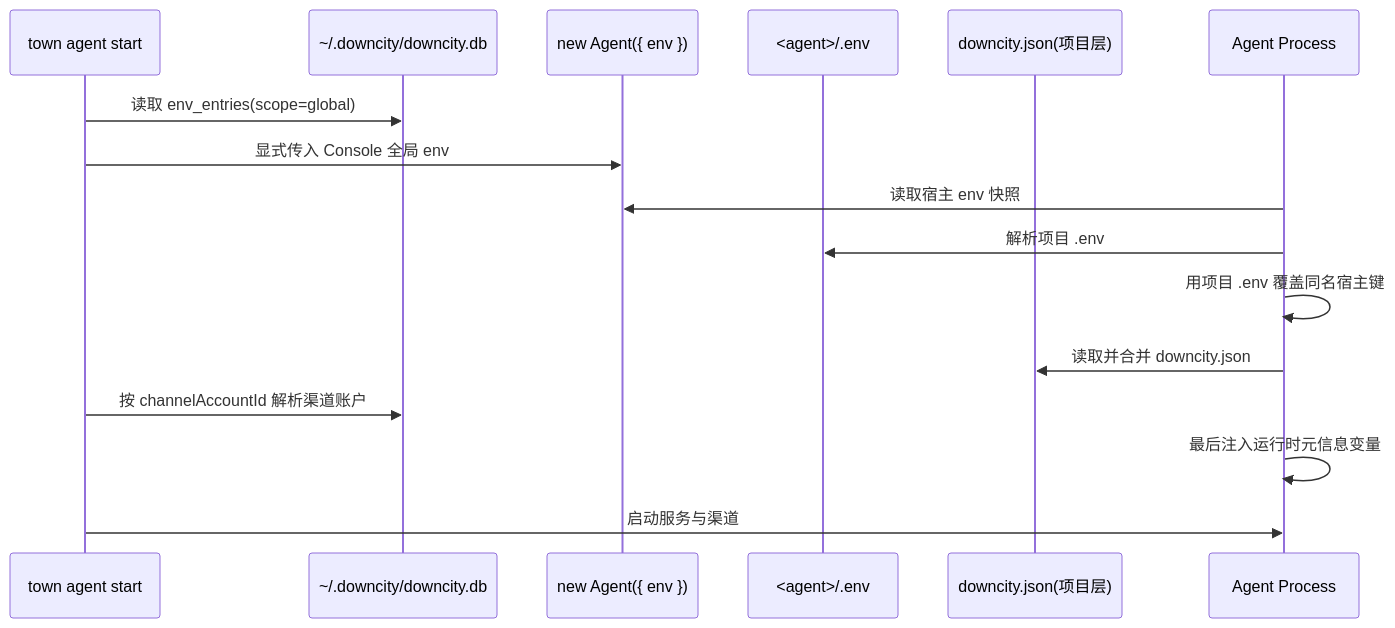
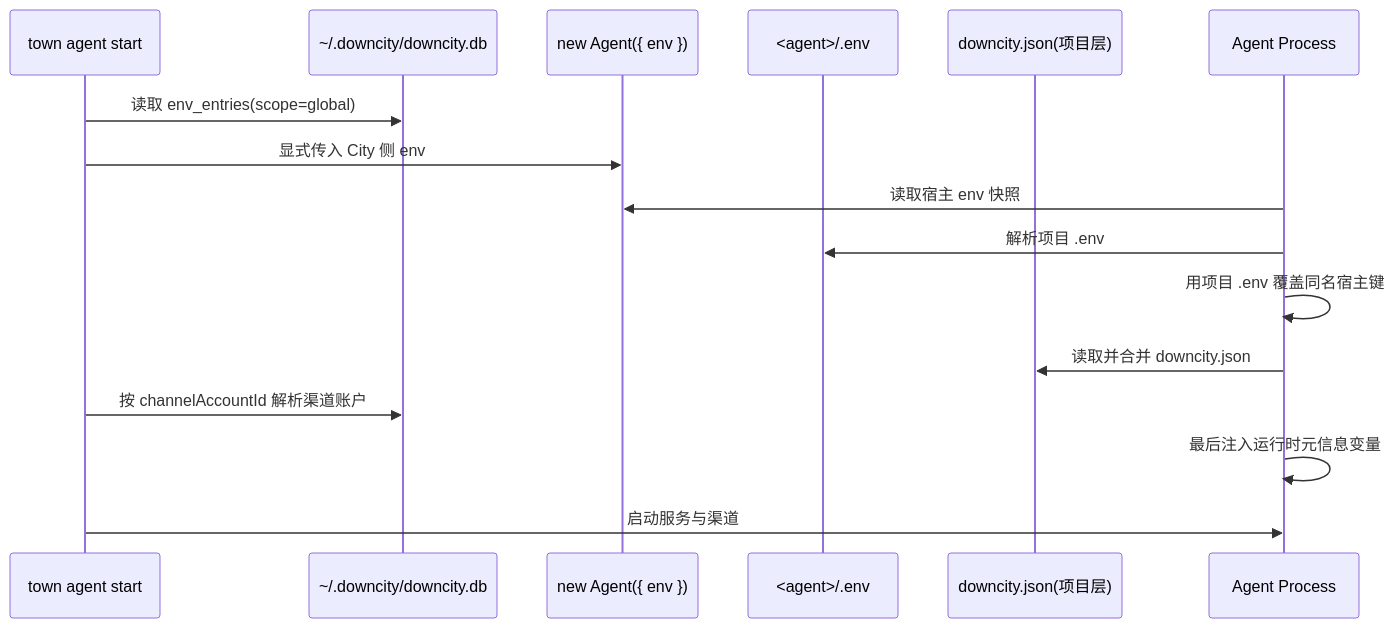
Before and after one commit to wangenius/downcity: the first of 2 diagrams in homepage/content/docs/zh/configuration/environment-variables.mdx, drawn with Mermaid. The commit also changed other lines of this file and 397 other files, not shown here.

````diff
--- a/homepage/content/docs/zh/configuration/environment-variables.mdx
+++ b/homepage/content/docs/zh/configuration/environment-variables.mdx
@@ -37,19 +37,19 @@
 ```mermaid
 sequenceDiagram
   participant CLI as town agent start
   participant DB as ~/.downcity/downcity.db
   participant HOST as new Agent({ env })
   participant ENV as <agent>/.env
   participant JSON as downcity.json(项目层)
   participant RT as Agent Process
 
   CLI->>DB: 读取 env_entries(scope=global)
-  CLI->>HOST: 显式传入 Console 全局 env
+  CLI->>HOST: 显式传入 City 侧 env
   RT->>HOST: 读取宿主 env 快照
   RT->>ENV: 解析项目 .env
   RT->>RT: 用项目 .env 覆盖同名宿主键
   RT->>JSON: 读取并合并 downcity.json
   CLI->>DB: 按 channelAccountId 解析渠道账户
   RT->>RT: 最后注入运行时元信息变量
   CLI->>RT: 启动服务与渠道
 ```
````
